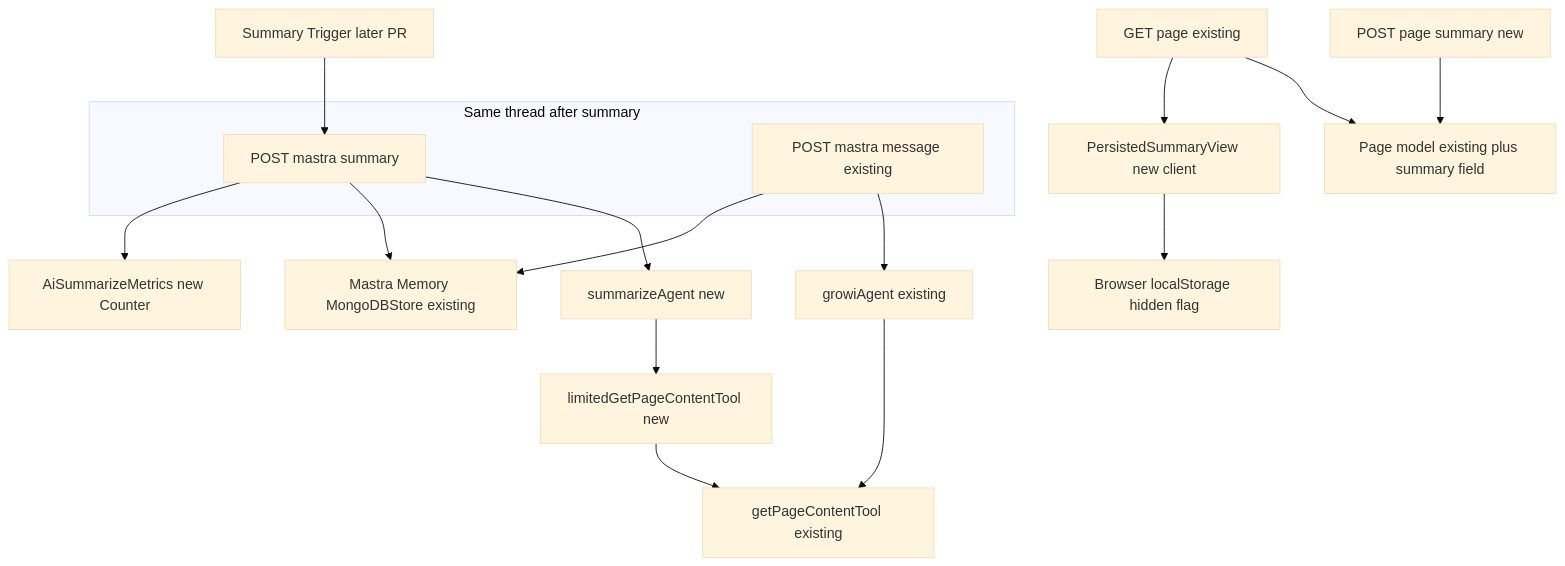
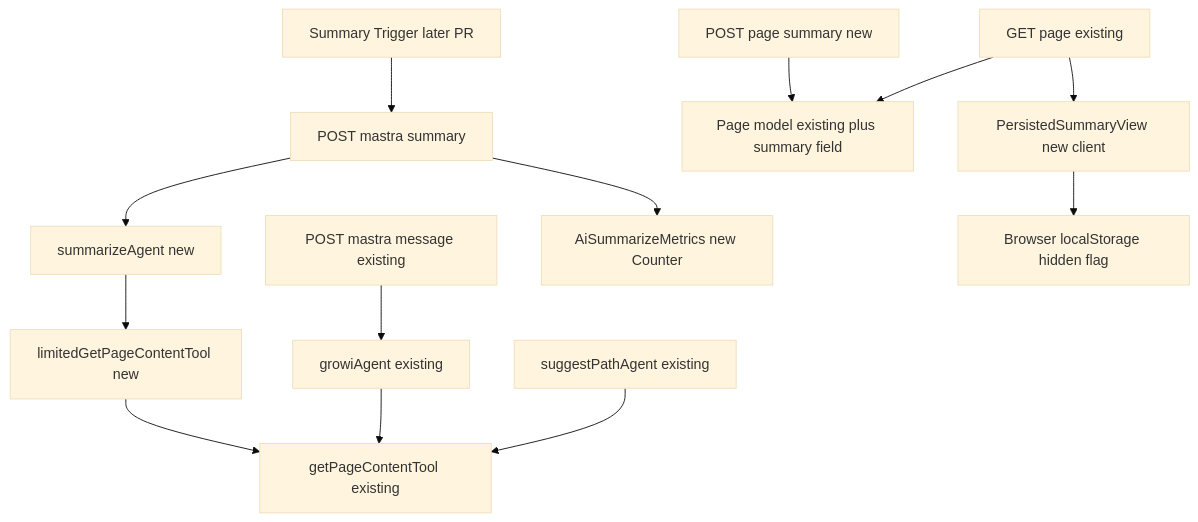
The first of 4 diagrams in .kiro/specs/ai-summarize/design.md (weseek/growi), drawn with Mermaid (base theme) before and after one commit. The commit also changed other lines of this file and 35 other files, not shown here.

````diff
--- a/.kiro/specs/ai-summarize/design.md
+++ b/.kiro/specs/ai-summarize/design.md
@@ -118,37 +102,31 @@
 ```mermaid
 graph TB
     Trigger[Summary Trigger later PR]
     SummaryRoute[POST mastra summary]
     MessageRoute[POST mastra message existing]
     SummarizeAgent[summarizeAgent new]
     GrowiAgent[growiAgent existing]
     LimitedGetPageContentTool[limitedGetPageContentTool new]
     GetPageContentTool[getPageContentTool existing]
-    Memory[Mastra Memory MongoDBStore existing]
+    SuggestPathAgent[suggestPathAgent existing]
     Metrics[AiSummarizeMetrics new Counter]
     SaveRoute[POST page summary new]
     PageModel[Page model existing plus summary field]
     PageViewRoute[GET page existing]
     SummaryView[PersistedSummaryView new client]
     LocalStorage[Browser localStorage hidden flag]
 
     Trigger --> SummaryRoute
     SummaryRoute --> SummarizeAgent
     SummarizeAgent --> LimitedGetPageContentTool
     LimitedGetPageContentTool --> GetPageContentTool
-    SummaryRoute --> Memory
     SummaryRoute --> Metrics
     MessageRoute --> GrowiAgent
     GrowiAgent --> GetPageContentTool
-    MessageRoute --> Memory
-
-    subgraph SameThread [Same thread after summary]
-        SummaryRoute
-        MessageRoute
-    end
+    SuggestPathAgent --> GetPageContentTool
 
     SaveRoute --> PageModel
     PageViewRoute --> PageModel
     PageViewRoute --> SummaryView
     SummaryView --> LocalStorage
 ```
````
